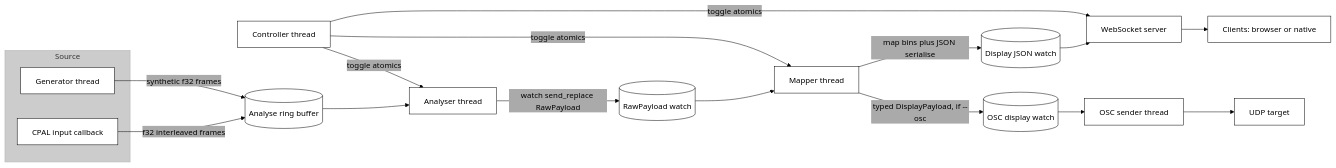
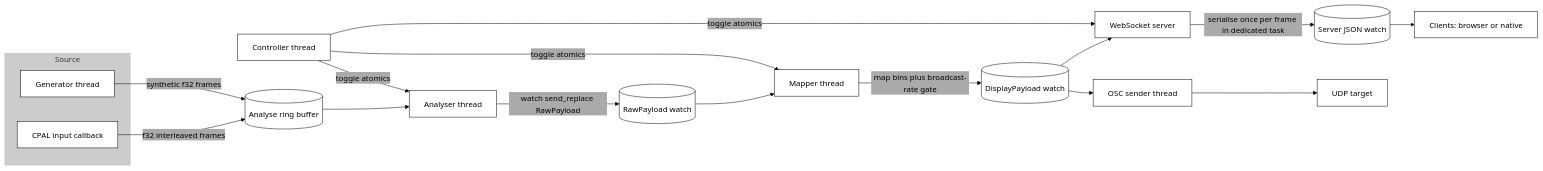
One commit to rayboyd/phase4 changed the second of 4 diagrams in docs/system/lifecycle.md. Above: the diagram before and after it, drawn with Mermaid. The commit also changed other lines of this file, not shown here.

Commit message:
docs(lifecycle): update data-flow diagram for single typed display channel

````diff
--- a/docs/system/lifecycle.md
+++ b/docs/system/lifecycle.md
@@ -52,43 +52,43 @@
 ```mermaid
 %%{init: {
 	"theme": "base",
 	"themeVariables": {
 		"background": "#ffffff",
 		"fontFamily": "monospace",
 		"fontSize": "16px",
 		"lineColor": "#000",
 		"primaryBorderColor": "#000",
 		"primaryColor": "#fff",
 		"primaryTextColor": "#000",
 		"secondaryColor": "#aaa",
 		"tertiaryColor": "#ccc"
 	},
 	"flowchart": {
 		"curve": "basis",
 		"htmlLabels": true
 	}
 }}%%
 flowchart LR
 		subgraph Source
 			A1[CPAL input callback]:::source
 			A2[Generator thread]:::source
 		end
 
 		A1 -->|f32 interleaved frames| B2[(Analyse ring buffer)]
 		A2 -->|synthetic f32 frames| B2
 
 		B2 --> C2[Analyser thread]
 		C2 -->|watch send_replace RawPayload| E[(RawPayload watch)]
 		E --> F[Mapper thread]
-		F -->|map bins plus JSON serialise| G[(Display JSON watch)]
-		F -->|typed DisplayPayload, if --osc| K[(OSC display watch)]
+		F -->|map bins plus broadcast-rate gate| G[(DisplayPayload watch)]
 		G --> H[WebSocket server]
-		H --> I[Clients: browser or native]
-		K --> L[OSC sender thread]
+		H -->|serialise once per frame in dedicated task| H2[(Server JSON watch)]
+		H2 --> I[Clients: browser or native]
+		G --> L[OSC sender thread]
 		L --> M[UDP target]
 
 		J[Controller thread] -->|toggle atomics| C2
 		J -->|toggle atomics| F
 		J -->|toggle atomics| H
 
 ```
````
